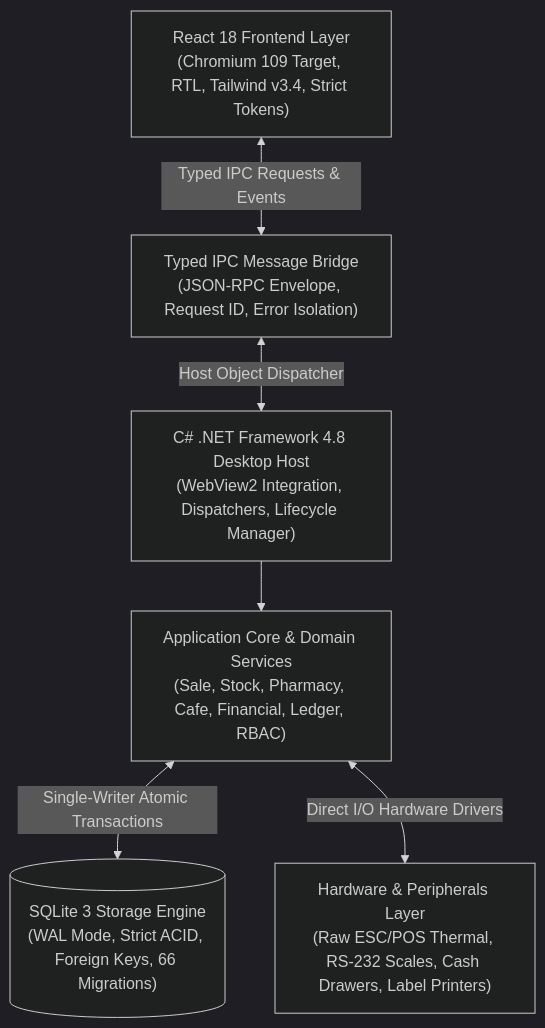
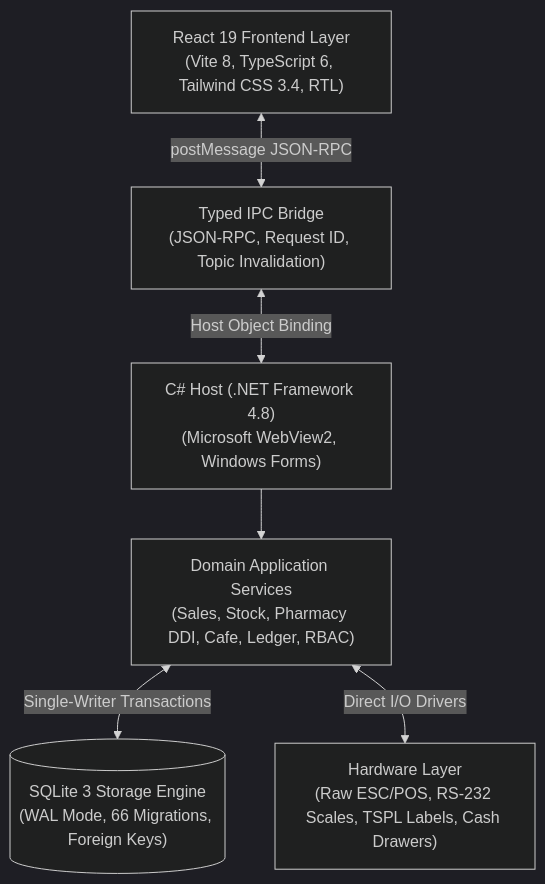
The diagram in README.md (ISlamKhaledAli/RAFIQ), drawn with Mermaid (dark theme) before and after one commit. The commit also changed other lines of this file and 2 other files, not shown here.

````diff
--- a/README.md
+++ b/README.md
@@ -136,15 +73,15 @@
 ```mermaid
 graph TD
-    UI["React 18 Frontend Layer<br/>(Chromium 109 Target, RTL, Tailwind v3.4, Strict Tokens)"]
-    Bridge["Typed IPC Message Bridge<br/>(JSON-RPC Envelope, Request ID, Error Isolation)"]
-    Host["C# .NET Framework 4.8 Desktop Host<br/>(WebView2 Integration, Dispatchers, Lifecycle Manager)"]
-    Domain["Application Core & Domain Services<br/>(Sale, Stock, Pharmacy, Cafe, Financial, Ledger, RBAC)"]
-    Storage[("SQLite 3 Storage Engine<br/>(WAL Mode, Strict ACID, Foreign Keys, 66 Migrations)")]
-    Hardware["Hardware & Peripherals Layer<br/>(Raw ESC/POS Thermal, RS-232 Scales, Cash Drawers, Label Printers)"]
+    UI["React 19 Frontend Layer<br/>(Vite 8, TypeScript 6, Tailwind CSS 3.4, RTL)"]
+    IPC["Typed IPC Bridge<br/>(JSON-RPC, Request ID, Topic Invalidation)"]
+    Host["C# Host (.NET Framework 4.8)<br/>(Microsoft WebView2, Windows Forms)"]
+    Services["Domain Application Services<br/>(Sales, Stock, Pharmacy DDI, Cafe, Ledger, RBAC)"]
+    DB[("SQLite 3 Storage Engine<br/>(WAL Mode, 66 Migrations, Foreign Keys)")]
+    HW["Hardware Layer<br/>(Raw ESC/POS, RS-232 Scales, TSPL Labels, Cash Drawers)"]
 
-    UI <-->|Typed IPC Requests & Events| Bridge
-    Bridge <-->|Host Object Dispatcher| Host
-    Host --> Domain
-    Domain <-->|Single-Writer Atomic Transactions| Storage
-    Domain <-->|Direct I/O Hardware Drivers| Hardware
+    UI <-->|postMessage JSON-RPC| IPC
+    IPC <-->|Host Object Binding| Host
+    Host --> Services
+    Services <-->|Single-Writer Transactions| DB
+    Services <-->|Direct I/O Drivers| HW
 ```
````
